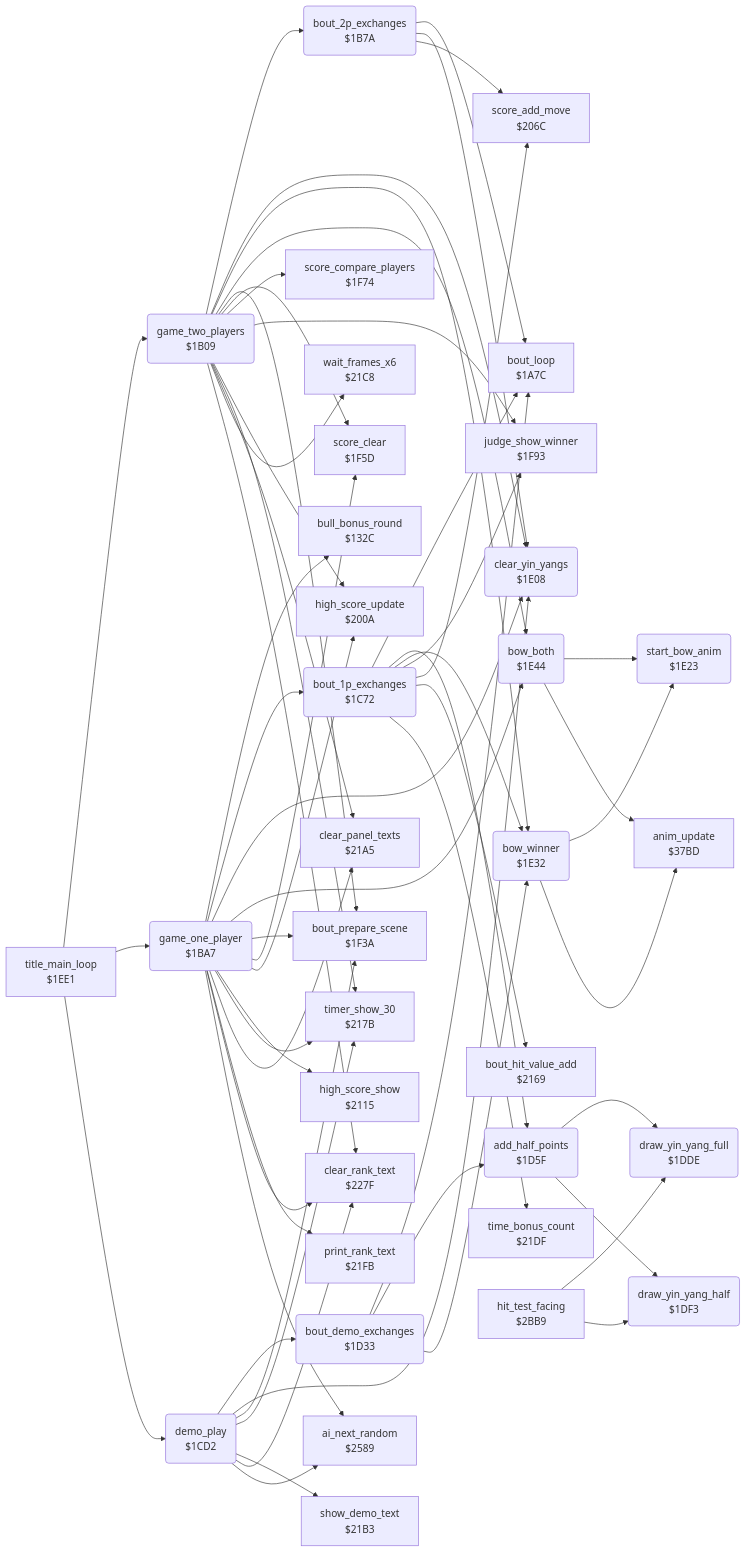
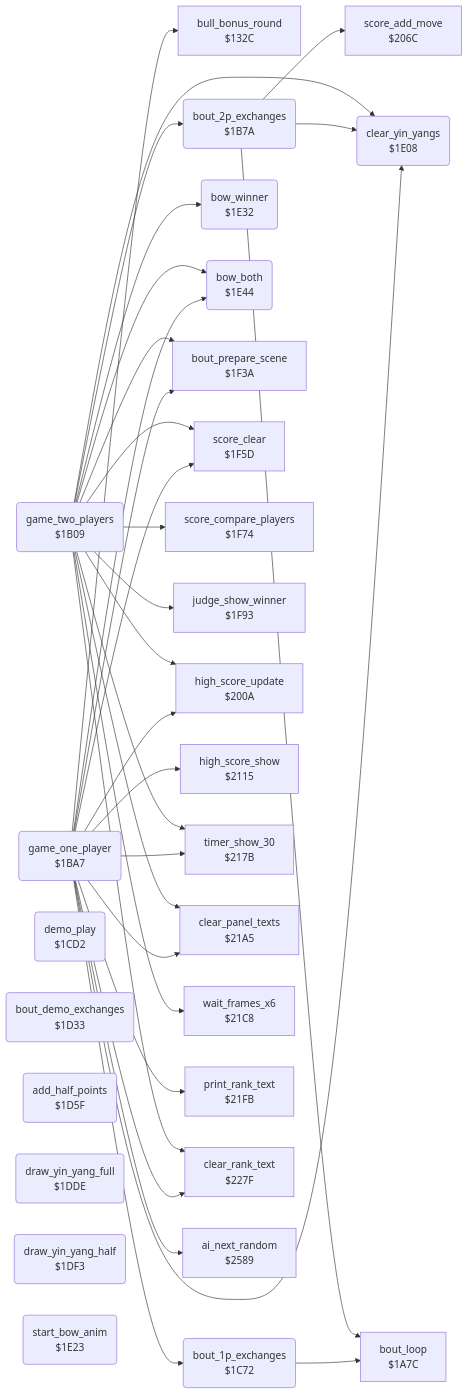
Before and after one commit to henols/c64_games: the diagram in exploding_fist/v2/docs/reference/modules/game/game_modes.md, drawn with Mermaid. The commit also changed other lines of this file and 319 other files, not shown here.

````diff
--- a/exploding_fist/v2/docs/reference/modules/game/game_modes.md
+++ b/exploding_fist/v2/docs/reference/modules/game/game_modes.md
@@ -24,7 +44,6 @@
   n1e23("start_bow_anim<br/>$1E23")
   n1e32("bow_winner<br/>$1E32")
   n1e44("bow_both<br/>$1E44")
-  n1ee1["title_main_loop<br/>$1EE1"]
   n1f3a["bout_prepare_scene<br/>$1F3A"]
   n1f5d["score_clear<br/>$1F5D"]
   n1f74["score_compare_players<br/>$1F74"]
@@ -32,17 +51,12 @@
   n200a["high_score_update<br/>$200A"]
   n206c["score_add_move<br/>$206C"]
   n2115["high_score_show<br/>$2115"]
-  n2169["bout_hit_value_add<br/>$2169"]
   n217b["timer_show_30<br/>$217B"]
   n21a5["clear_panel_texts<br/>$21A5"]
-  n21b3["show_demo_text<br/>$21B3"]
   n21c8["wait_frames_x6<br/>$21C8"]
-  n21df["time_bonus_count<br/>$21DF"]
   n21fb["print_rank_text<br/>$21FB"]
   n227f["clear_rank_text<br/>$227F"]
   n2589["ai_next_random<br/>$2589"]
-  n2bb9["hit_test_facing<br/>$2BB9"]
-  n37bd["anim_update<br/>$37BD"]
   n1b09 --> n1b7a
   n1b09 --> n1e08
   n1b09 --> n1e32
@@ -73,31 +87,4 @@
   n1ba7 --> n227f
   n1ba7 --> n2589
   n1c72 --> n1a7c
-  n1c72 --> n1d5f
-  n1c72 --> n1e32
-  n1c72 --> n1f93
-  n1c72 --> n206c
-  n1c72 --> n2169
-  n1c72 --> n21df
-  n1cd2 --> n1d33
-  n1cd2 --> n1e08
-  n1cd2 --> n1f3a
-  n1cd2 --> n217b
-  n1cd2 --> n21b3
-  n1cd2 --> n227f
-  n1cd2 --> n2589
-  n1d33 --> n1a7c
-  n1d33 --> n1d5f
-  n1d33 --> n1e32
-  n1d5f --> n1dde
-  n1d5f --> n1df3
-  n1e32 --> n1e23
-  n1e32 --> n37bd
-  n1e44 --> n1e23
-  n1e44 --> n37bd
-  n1ee1 --> n1b09
-  n1ee1 --> n1ba7
-  n1ee1 --> n1cd2
-  n2bb9 --> n1dde
-  n2bb9 --> n1df3
 ```
````
